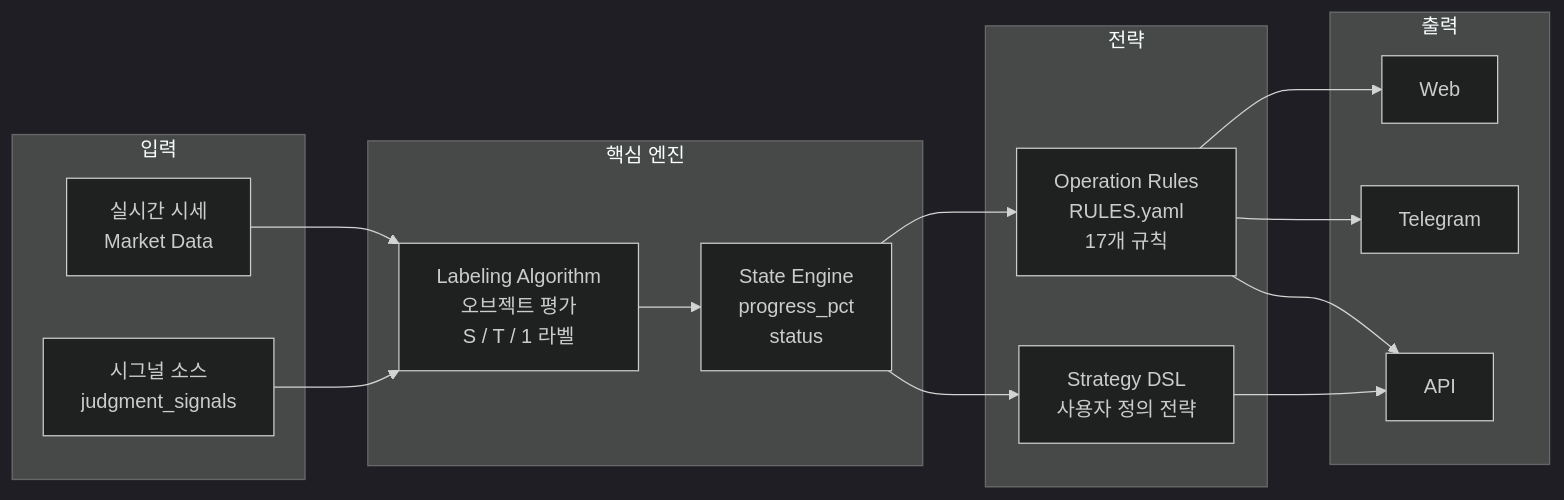
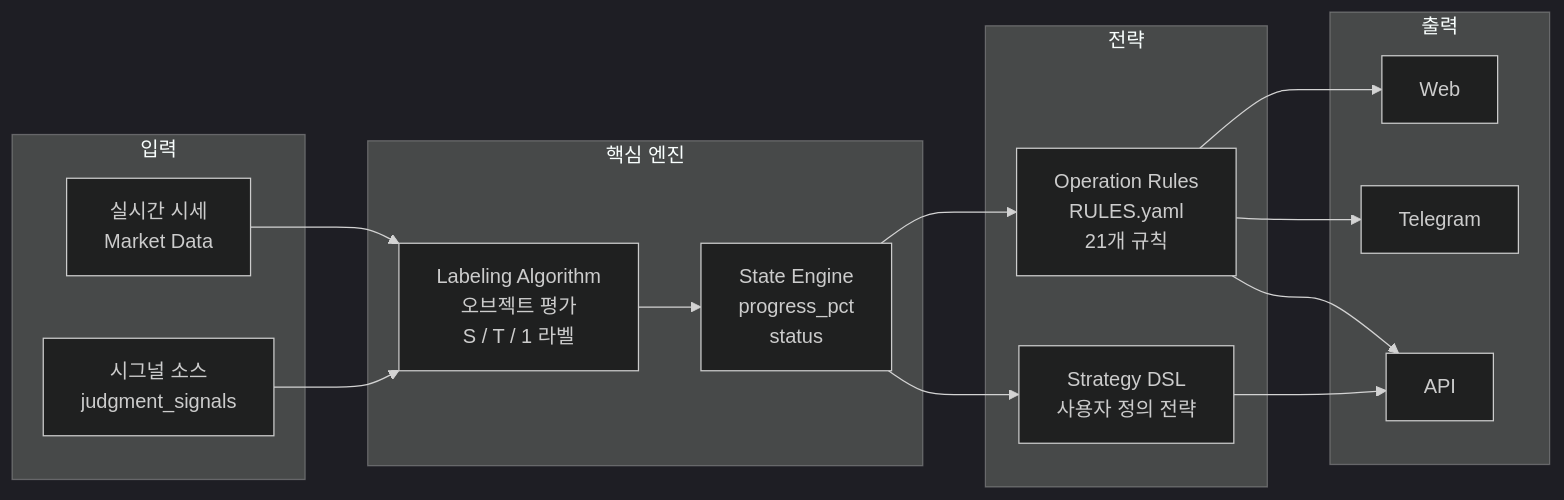
The first of 5 diagrams in diagrams/system_flow.md (gigshow/decker-ai-strategy-builder), drawn with Mermaid (dark theme) before and after one commit. The commit also changed 5 other files, not shown here.

First line of the commit message:
docs: RULES.yaml 17개 → 21개 규칙 정정

````diff
--- a/diagrams/system_flow.md
+++ b/diagrams/system_flow.md
@@ -7,33 +7,33 @@
 ```mermaid
 flowchart LR
     subgraph Input[입력]
         MarketData[실시간 시세<br/>Market Data]
         SignalSource[시그널 소스<br/>judgment_signals]
     end
 
     subgraph Core[핵심 엔진]
         LabelAlgo[Labeling Algorithm<br/>오브젝트 평가<br/>S / T / 1 라벨]
         StateEngine[State Engine<br/>progress_pct<br/>status]
     end
 
     subgraph Strategy[전략]
-        OpRules[Operation Rules<br/>RULES.yaml<br/>17개 규칙]
+        OpRules[Operation Rules<br/>RULES.yaml<br/>21개 규칙]
         DSL[Strategy DSL<br/>사용자 정의 전략]
     end
 
     subgraph Output[출력]
         Web[Web]
         Telegram[Telegram]
         API[API]
     end
 
     MarketData --> LabelAlgo
     SignalSource --> LabelAlgo
     LabelAlgo --> StateEngine
     StateEngine --> OpRules
     StateEngine --> DSL
     OpRules --> Web
     OpRules --> Telegram
     OpRules --> API
     DSL --> API
 ```
````
